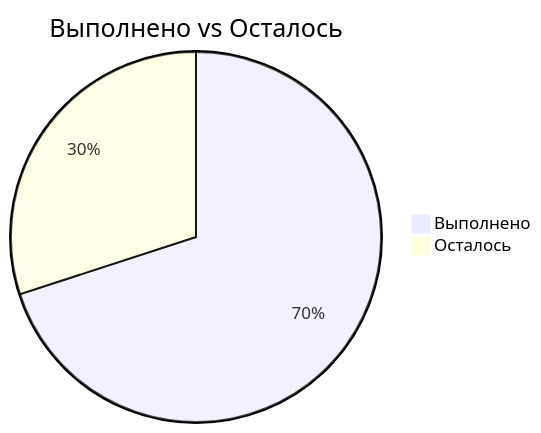
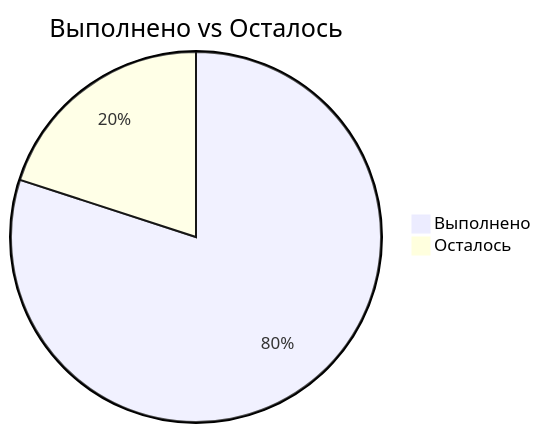
One commit to zubkovfpk/hydromet_bulletin changed the second of 2 diagrams in docs/project_progress.md. Above: the diagram before and after it, drawn with Mermaid. The commit also changed other lines of this file, not shown here.

````diff
--- a/docs/project_progress.md
+++ b/docs/project_progress.md
@@ -65,6 +67,6 @@
 ```mermaid
 pie
     title Выполнено vs Осталось
-    "Выполнено" : 70
-    "Осталось"  : 30
+    "Выполнено" : 80
+    "Осталось"  : 20
 ```
````
